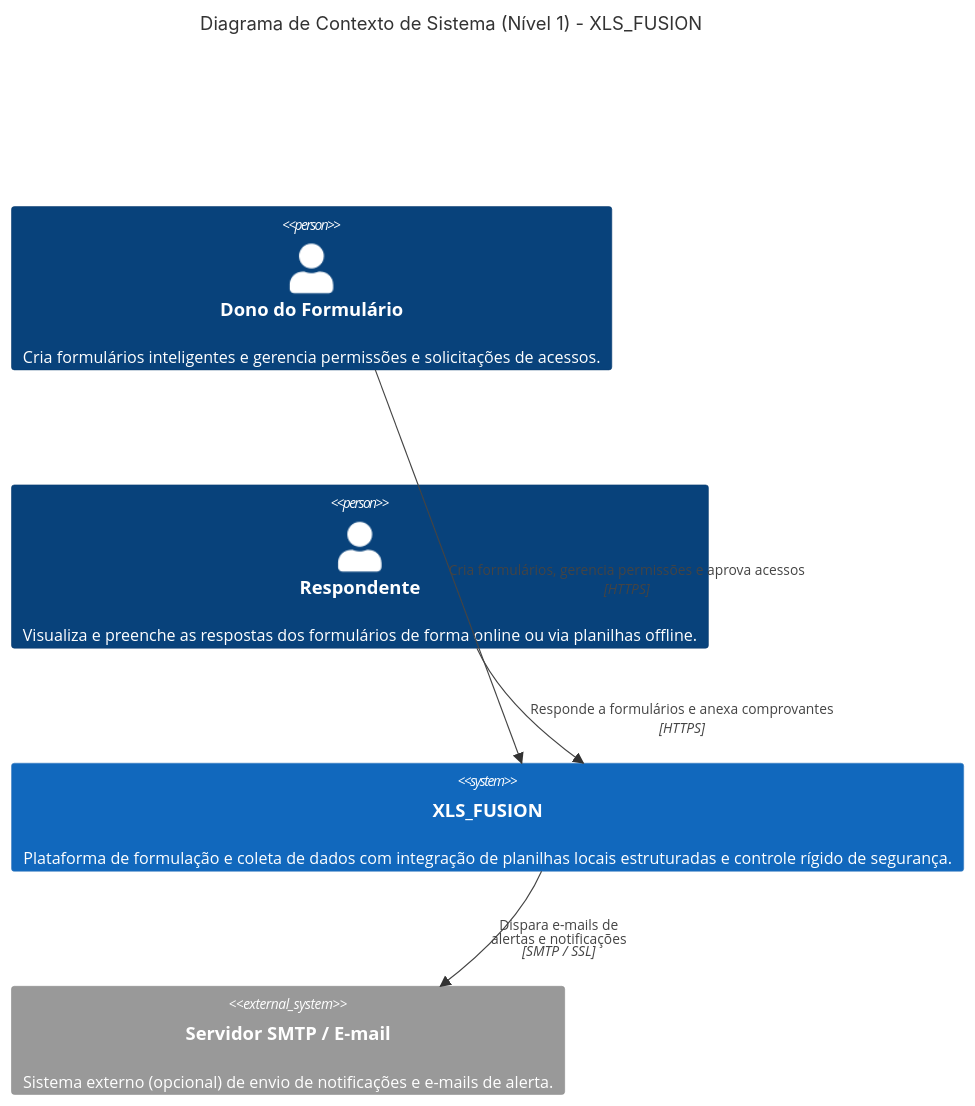
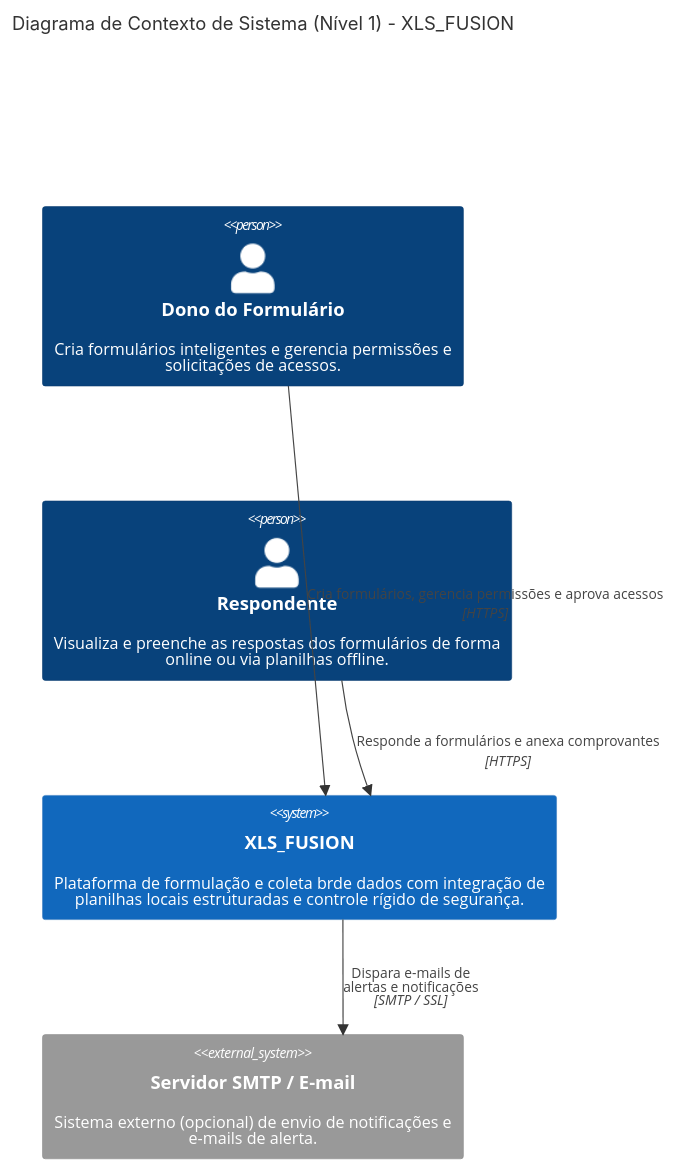
One commit to Vlade908/XLS_FUSION changed the third of 7 diagrams in respostas_projeto_extensao.md. Above: the diagram before and after it, drawn with Mermaid. The commit also changed other lines of this file, not shown here.

````diff
--- a/respostas_projeto_extensao.md
+++ b/respostas_projeto_extensao.md
@@ -262,16 +262,16 @@
 ```mermaid
-%%{init: { 'theme': 'default', 'themeVariables': { 'background': '#ffffff', 'canvasBackground': '#ffffff' }, 'flowchart': { 'nodeSpacing': 200, 'rankSpacing': 150 } }}%%
+%%{init: { 'theme': 'default', 'themeVariables': { 'background': '#ffffff', 'canvasBackground': '#ffffff' }, 'flowchart': { 'nodeSpacing': 300, 'rankSpacing': 150 } }}%%
 C4Context
     title Diagrama de Contexto de Sistema (Nível 1) - XLS_FUSION
 
-    Person(owner, "Dono do Formulário", "Cria formulários inteligentes e gerencia permissões e solicitações de acessos.")
-    Person(responder, "Respondente", "Visualiza e preenche as respostas dos formulários de forma online ou via planilhas offline.")
+    Person(owner, "Dono do Formulário", "Cria formulários inteligentes e gerencia permissões e<br/>solicitações de acessos.")
+    Person(responder, "Respondente", "Visualiza e preenche as respostas dos formulários de forma<br/>online ou via planilhas offline.")
 
-    System(xls_fusion, "XLS_FUSION", "Plataforma de formulação e coleta de dados com integração de planilhas locais estruturadas e controle rígido de segurança.")
+    System(xls_fusion, "XLS_FUSION", "Plataforma de formulação e coleta brde dados com integração de<br/>planilhas locais estruturadas e controle rígido de segurança.")
 
-    System_Ext(smtp, "Servidor SMTP / E-mail", "Sistema externo (opcional) de envio de notificações e e-mails de alerta.")
+    System_Ext(smtp, "Servidor SMTP / E-mail", "Sistema externo (opcional) de envio de notificações e<br/>e-mails de alerta.")
 
     Rel(owner, xls_fusion, "Cria formulários, gerencia permissões e aprova acessos", "HTTPS")
     Rel(responder, xls_fusion, "Responde a formulários e anexa comprovantes", "HTTPS")
     Rel(xls_fusion, smtp, "Dispara e-mails de<br/>alertas e notificações", "SMTP / SSL")
 ```
````
